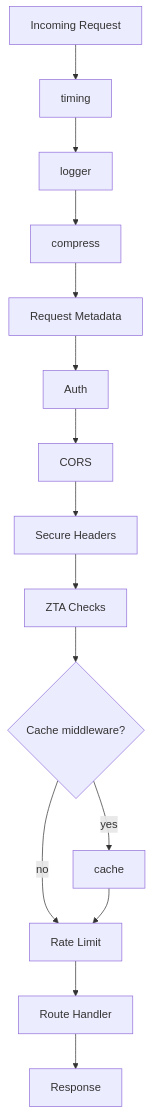
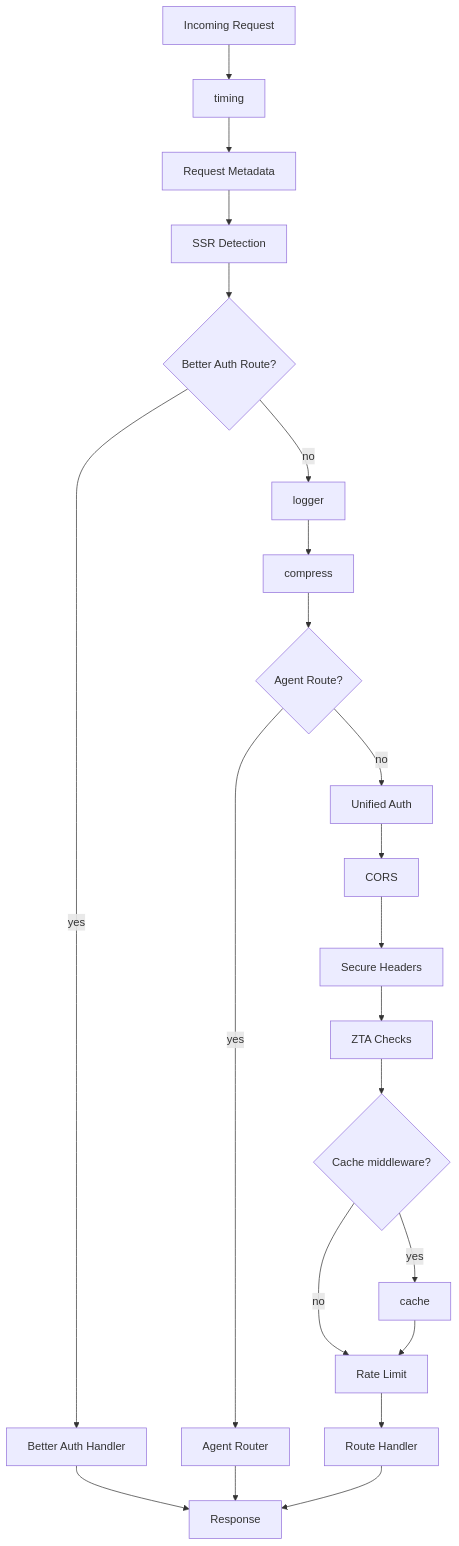
One commit to jaypatrick/adblock-compiler changed the diagram in docs/middleware/hono-built-in-middleware.md. Above: the diagram before and after it, drawn with Mermaid. The commit also changed other lines of this file and 1 other file, not shown here.

````diff
--- a/docs/middleware/hono-built-in-middleware.md
+++ b/docs/middleware/hono-built-in-middleware.md
@@ -267,17 +267,24 @@
 ```mermaid
 flowchart TD
     R[Incoming Request] --> T[timing]
-    T --> L[logger]
+    T --> META[Request Metadata]
+    META --> SSR[SSR Detection]
+    SSR --> BA{Better Auth Route?}
+    BA -->|yes| BA_HANDLER[Better Auth Handler]
+    BA -->|no| L[logger]
+    BA_HANDLER --> RESP[Response]
     L --> C[compress]
-    C --> M[Request Metadata]
-    M --> A[Auth]
-    A --> CORS[CORS]
+    C --> AGENT{Agent Route?}
+    AGENT -->|yes| AGENT_HANDLER[Agent Router]
+    AGENT -->|no| AUTH[Unified Auth]
+    AGENT_HANDLER --> RESP
+    AUTH --> CORS[CORS]
     CORS --> SH[Secure Headers]
     SH --> ZTA[ZTA Checks]
     ZTA --> CACHE{Cache middleware?}
     CACHE -->|yes| CACHE_MW[cache]
     CACHE -->|no| RL
     CACHE_MW --> RL[Rate Limit]
     RL --> H[Route Handler]
-    H --> RESP[Response]
+    H --> RESP
 ```
````
